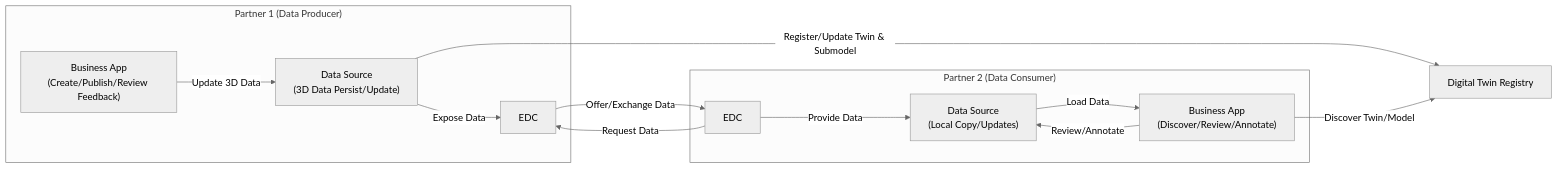
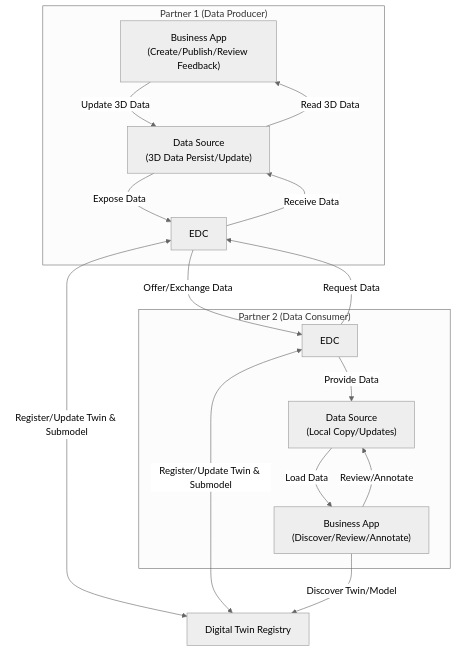
One commit to MartinEnders/eclipse-tractusx.github.io changed the second of 2 diagrams in docs-kits/kits/geometry-kit/adoption-view.md. Above: the diagram before and after it, drawn with Mermaid (neutral theme). The commit also changed other lines of this file, not shown here.

Commit message:
added: flowchart for system overview

````diff
--- a/docs-kits/kits/geometry-kit/adoption-view.md
+++ b/docs-kits/kits/geometry-kit/adoption-view.md
@@ -228,31 +228,38 @@
 ```mermaid
-flowchart LR
+flowchart TB
     subgraph Partner1["Partner 1 (Data Producer)"]
-        P1DS["Data Source<br/>(3D Data Persist/Update)"]
+        P1APP["Business App<br/>(Create/Publish/Review Feedback)"]
+		P1DS["Data Source<br/>(3D Data Persist/Update)"]
         P1EDC["EDC"]
-        P1APP["Business App<br/>(Create/Publish/Review Feedback)"]
+        
     end
 
+	DTR["Digital Twin Registry"]
+
     subgraph Partner2["Partner 2 (Data Consumer)"]
-        P2DS["Data Source<br/>(Local Copy/Updates)"]
+        P2APP["Business App<br/>(Discover/Review/Annotate)"]
+		P2DS["Data Source<br/>(Local Copy/Updates)"]
         P2EDC["EDC"]
-        P2APP["Business App<br/>(Discover/Review/Annotate)"]
+        
     end
 
-    DTR["Digital Twin Registry"]
+    
 
     %% Data Producer Flows
     P1APP -- "Update 3D Data" --> P1DS
-    P1DS -- "Register/Update Twin & Submodel" --> DTR
+	P1DS -- "Read 3D Data" --> P1APP
+    P1EDC <-- "Register/Update Twin & Submodel" --> DTR
+	P2EDC <-- "Register/Update Twin & Submodel" --> DTR
     P1DS -- "Expose Data" --> P1EDC
+	P1EDC -- "Receive Data" --> P1DS
     P1EDC -- "Offer/Exchange Data" --> P2EDC
 
     %% Data Consumer Flows
     P2EDC -- "Request Data" --> P1EDC
     P2EDC -- "Provide Data" --> P2DS
     P2DS -- "Load Data" --> P2APP
     P2APP -- "Review/Annotate" --> P2DS
 
     %% Discovery
     P2APP -- "Discover Twin/Model" --> DTR
 ```
````
